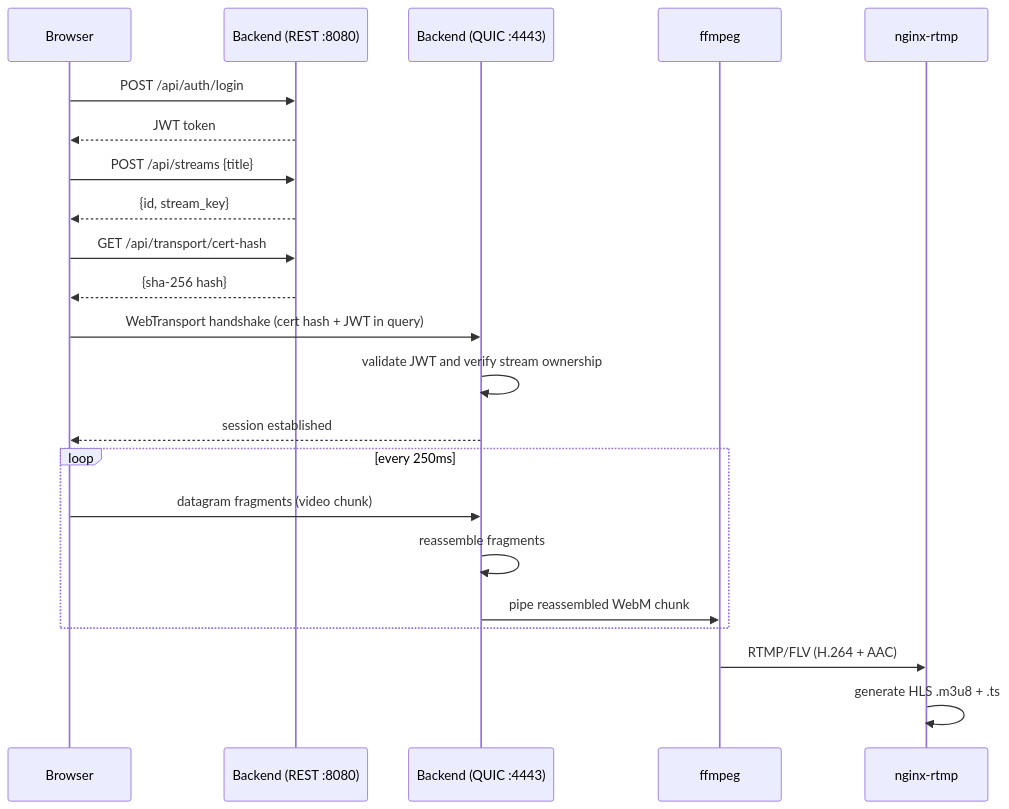
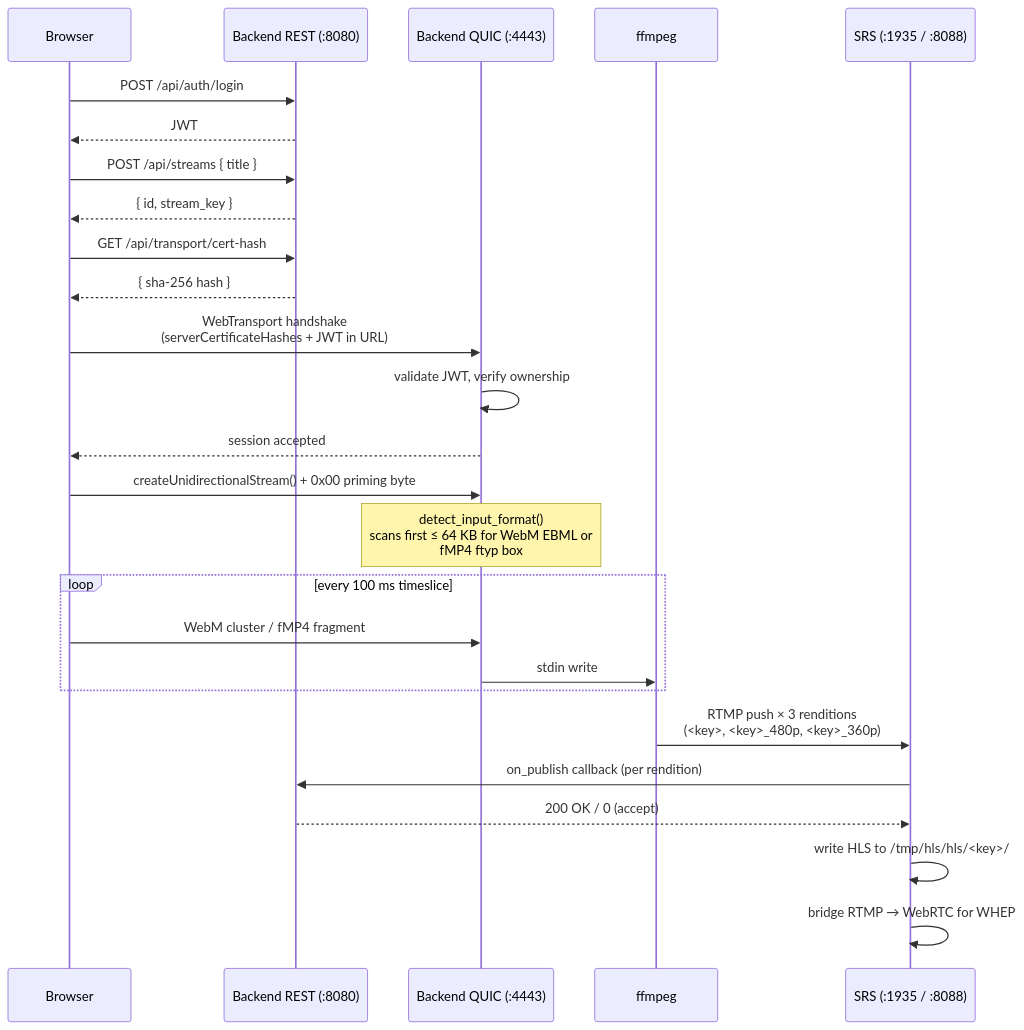
Before and after one commit to Dakotahernandez/fidget-livestreaming: the fourth of 7 diagrams in docs/architecture.md, drawn with Mermaid. The commit also changed other lines of this file and 2 other files, not shown here.

````diff
--- a/docs/architecture.md
+++ b/docs/architecture.md
@@ -235,30 +240,34 @@
 ```mermaid
 sequenceDiagram
     participant Browser
-    participant REST as Backend (REST :8080)
-    participant QUIC as Backend (QUIC :4443)
+    participant REST as Backend REST (:8080)
+    participant QUIC as Backend QUIC (:4443)
     participant ffmpeg
-    participant RTMP as nginx-rtmp
+    participant SRS as SRS (:1935 / :8088)
 
     Browser->>REST: POST /api/auth/login
-    REST-->>Browser: JWT token
-
-    Browser->>REST: POST /api/streams {title}
-    REST-->>Browser: {id, stream_key}
+    REST-->>Browser: JWT
+    Browser->>REST: POST /api/streams { title }
+    REST-->>Browser: { id, stream_key }
 
     Browser->>REST: GET /api/transport/cert-hash
-    REST-->>Browser: {sha-256 hash}
+    REST-->>Browser: { sha-256 hash }
 
-    Browser->>QUIC: WebTransport handshake (cert hash + JWT in query)
-    QUIC->>QUIC: validate JWT and verify stream ownership
-    QUIC-->>Browser: session established
+    Browser->>QUIC: WebTransport handshake<br/>(serverCertificateHashes + JWT in URL)
+    QUIC->>QUIC: validate JWT, verify ownership
+    QUIC-->>Browser: session accepted
 
-    loop every 250ms
-        Browser->>QUIC: datagram fragments (video chunk)
-        QUIC->>QUIC: reassemble fragments
-        QUIC->>ffmpeg: pipe reassembled WebM chunk
+    Browser->>QUIC: createUnidirectionalStream() + 0x00 priming byte
+    Note over QUIC: detect_input_format()<br/>scans first ≤ 64 KB for WebM EBML or<br/>fMP4 ftyp box
+
+    loop every 100 ms timeslice
+        Browser->>QUIC: WebM cluster / fMP4 fragment
+        QUIC->>ffmpeg: stdin write
     end
 
-    ffmpeg->>RTMP: RTMP/FLV (H.264 + AAC)
-    RTMP->>RTMP: generate HLS .m3u8 + .ts
+    ffmpeg->>SRS: RTMP push × 3 renditions<br/>(<key>, <key>_480p, <key>_360p)
+    SRS->>REST: on_publish callback (per rendition)
+    REST-->>SRS: 200 OK / 0 (accept)
+    SRS->>SRS: write HLS to /tmp/hls/hls/<key>/
+    SRS->>SRS: bridge RTMP → WebRTC for WHEP
 ```
````
